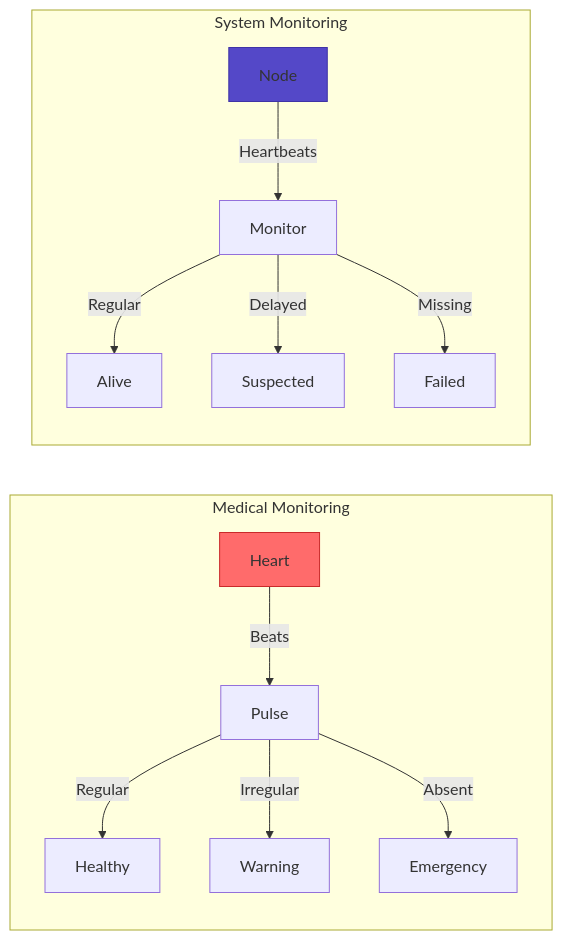
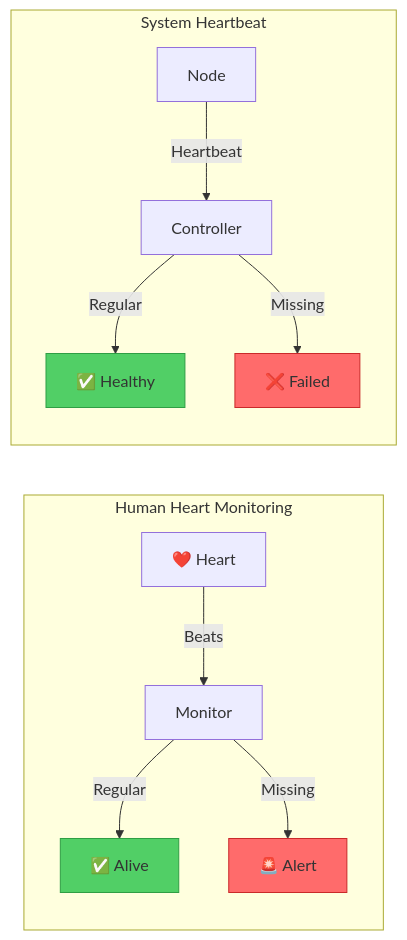
Before and after one commit to deepaucksharma/DStudio: the first of 6 diagrams in docs/pattern-library/resilience/heartbeat.md, drawn with Mermaid. The commit also changed other lines of this file and 119 other files, not shown here.

````diff
--- a/docs/pattern-library/resilience/heartbeat.md
+++ b/docs/pattern-library/resilience/heartbeat.md
@@ -93,19 +69,19 @@
 ```mermaid
 graph LR
-    subgraph "Medical Monitoring"
-        H[Heart] -->|Beats| P[Pulse]
-        P -->|Regular| OK[Healthy]
-        P -->|Irregular| W[Warning]
-        P -->|Absent| E[Emergency]
+    subgraph "Human Heart Monitoring"
+        H[❤️ Heart] -->|Beats| M[Monitor]
+        M -->|Regular| A[✅ Alive]
+        M -->|Missing| D[🚨 Alert]
     end
     
-    subgraph "System Monitoring"
-        N[Node] -->|Heartbeats| M[Monitor]
-        M -->|Regular| A[Alive]
-        M -->|Delayed| S[Suspected]
-        M -->|Missing| F[Failed]
+    subgraph "System Heartbeat"
+        N[Node] -->|Heartbeat| C[Controller]
+        C -->|Regular| OK[✅ Healthy]
+        C -->|Missing| F[❌ Failed]
     end
     
-    style H fill:#ff6b6b,stroke:#c92a2a
-    style N fill:#5448C8,stroke:#3f33a6
+    style A fill:#51cf66,stroke:#2f9e44
+    style OK fill:#51cf66,stroke:#2f9e44
+    style D fill:#ff6b6b,stroke:#c92a2a
+    style F fill:#ff6b6b,stroke:#c92a2a
 ```
````
